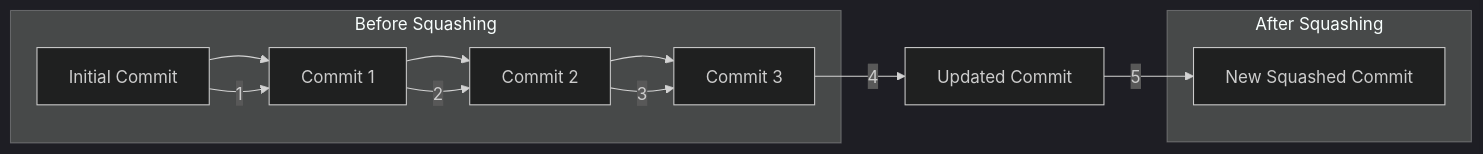
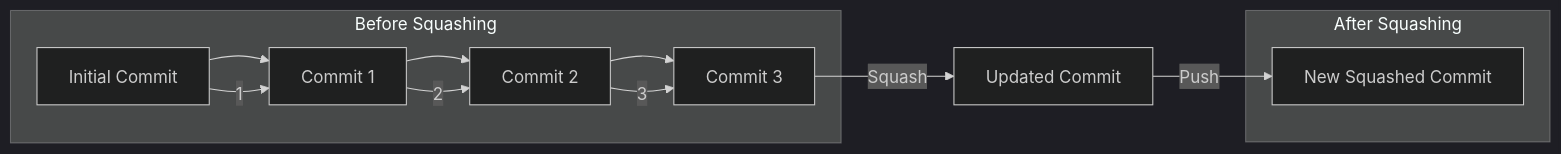
The eighth of 11 diagrams in README.md (emmahone/Git-Good-Quick), drawn with Mermaid (dark theme) before and after one commit.

Commit message:
Update squash flowchart

````diff
--- a/README.md
+++ b/README.md
@@ -158,19 +158,19 @@
 ```mermaid
 graph LR
     A[Initial Commit] --> B[Commit 1]
     B --> C[Commit 2]
     C --> D[Commit 3]
     
     subgraph Before Squashing
         A -->|1| B
         B -->|2| C
         C -->|3| D
     end
     
     subgraph After Squashing
         E[New Squashed Commit]
     end
     
-    D -->|4| F[Updated Commit]
-    F -->|5| E
+    D -->|Squash| F[Updated Commit]
+    F -->|Push| E
 ```
````
